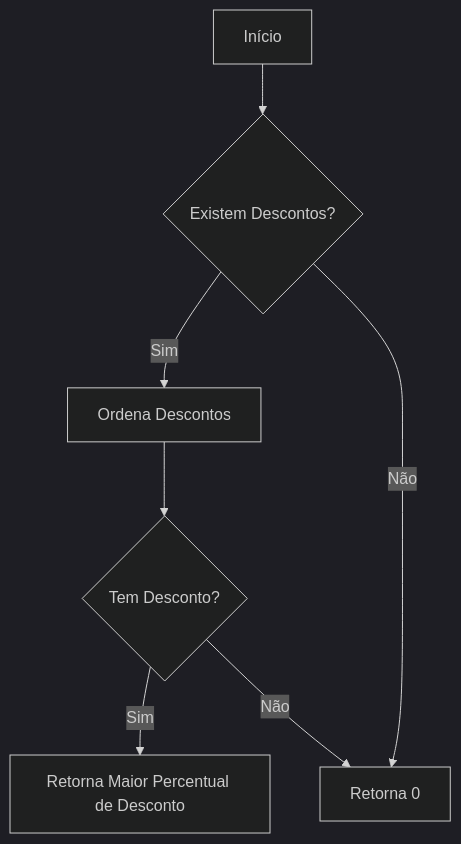
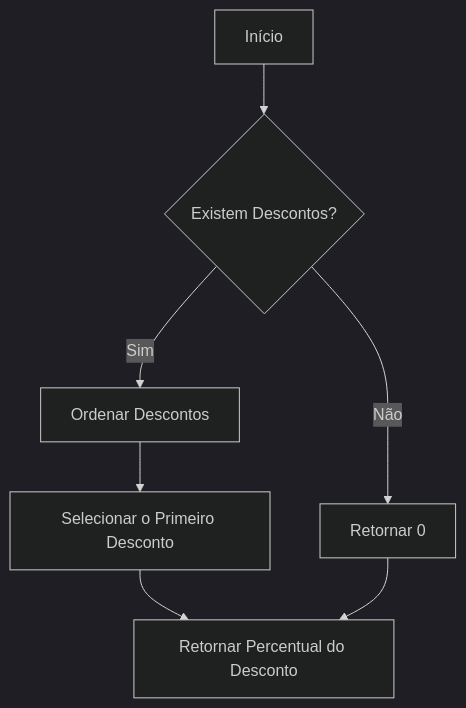
Before and after one commit to IsthmusSistemas/documentacao-tecnica: the first of 2 diagrams in docs/b2b-dominio/IsthmusWinthor.Nucleo/IsthmusWinthor.Dominio/POCO/Precos/IsthmusIndustrias/IsthmusIndustriaCampanha.md, drawn with Mermaid (dark theme). The commit also changed other lines of this file and 882 other files, not shown here.

````diff
--- a/docs/b2b-dominio/IsthmusWinthor.Nucleo/IsthmusWinthor.Dominio/POCO/Precos/IsthmusIndustrias/IsthmusIndustriaCampanha.md
+++ b/docs/b2b-dominio/IsthmusWinthor.Nucleo/IsthmusWinthor.Dominio/POCO/Precos/IsthmusIndustrias/IsthmusIndustriaCampanha.md
@@ -15,9 +18,9 @@
 ```mermaid
 flowchart TD
     A[Início] --> B{Existem Descontos?}
-    B -- Sim --> C[Ordena Descontos]
-    C --> D{Tem Desconto?}
-    D -- Sim --> E[Retorna Maior Percentual de Desconto]
-    D -- Não --> F[Retorna 0]
-    B -- Não --> F
+    B -- Sim --> C[Ordenar Descontos]
+    C --> D[Selecionar o Primeiro Desconto]
+    D --> E[Retornar Percentual do Desconto]
+    B -- Não --> F[Retornar 0]
+    F --> E
 ```
````
